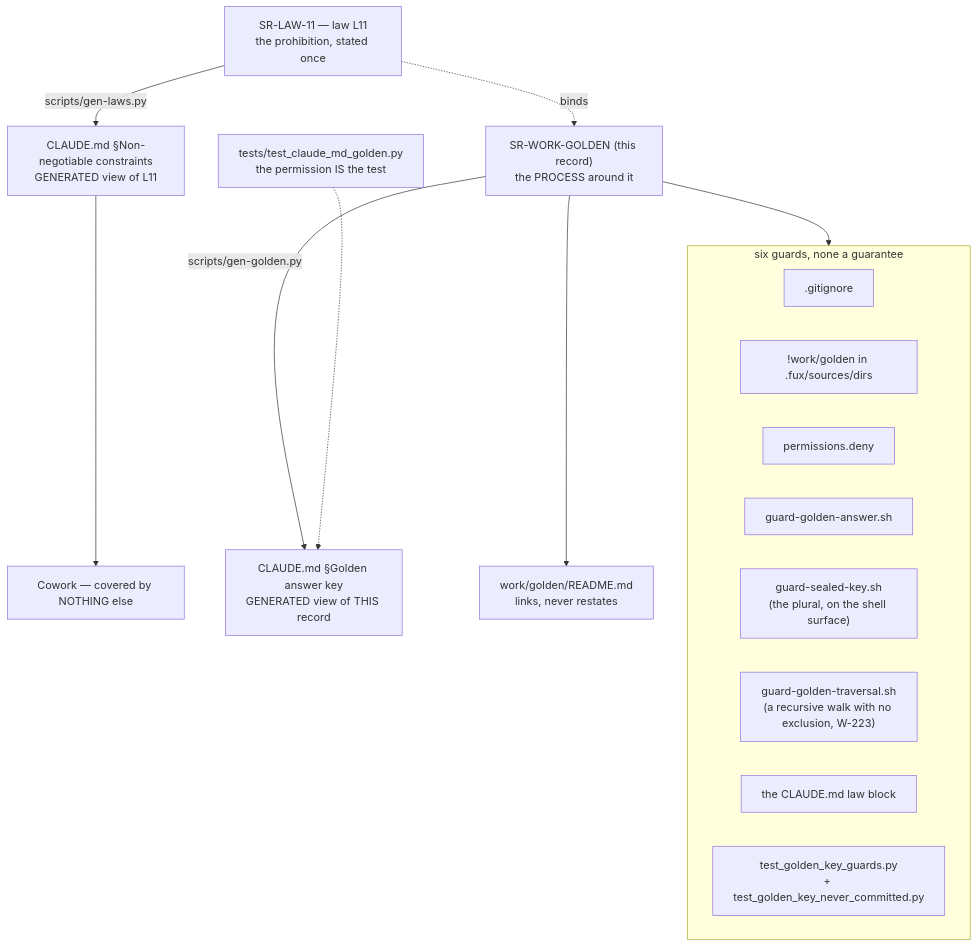
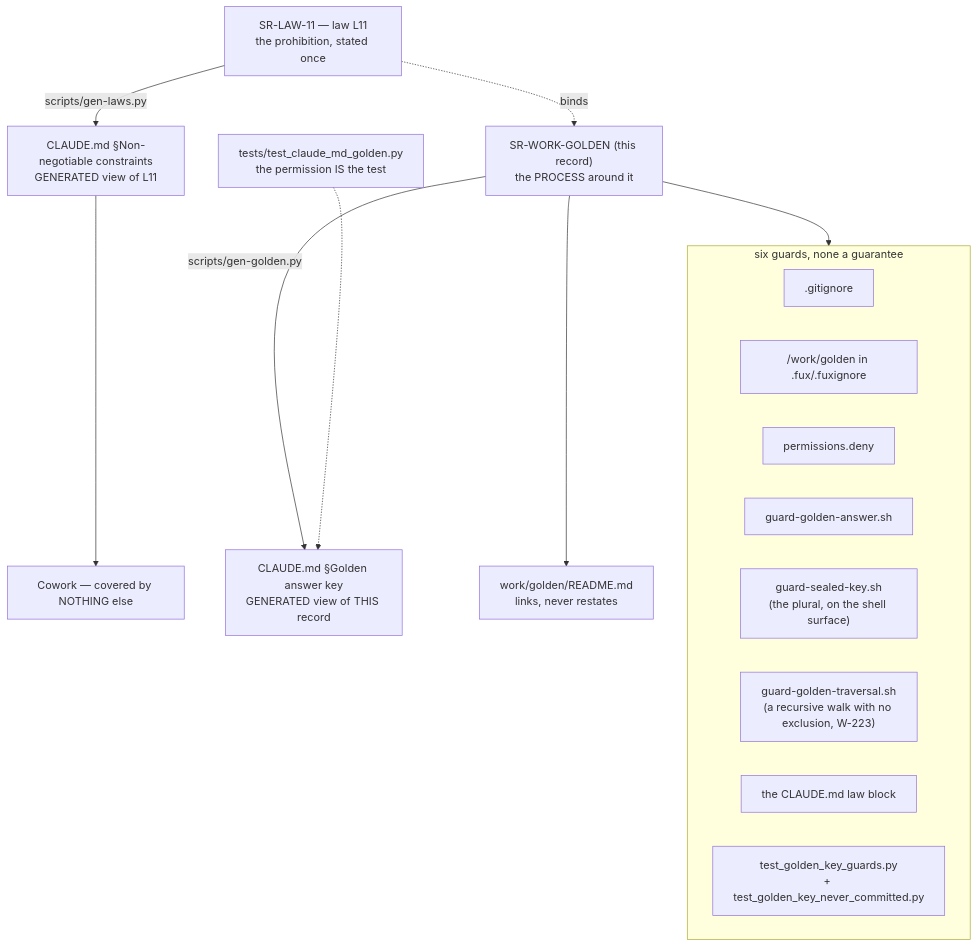
Before and after one commit to arpitarya/fux: the diagram in records/0066_WORK-golden.md, drawn with Mermaid. The commit also changed other lines of this file and 249 other files, not shown here.

First line of the commit message:
feat(w294): one .fux/sources.yaml; .fuxignore the only exclusion

````diff
--- a/records/0066_WORK-golden.md
+++ b/records/0066_WORK-golden.md
@@ -74,25 +74,25 @@
 ```mermaid
 flowchart TD
     L["SR-LAW-11 — law L11<br/>the prohibition, stated once"]
     R["SR-WORK-GOLDEN (this record)<br/>the PROCESS around it"]
     C["CLAUDE.md §Non-negotiable constraints<br/>GENERATED view of L11"]
     P["CLAUDE.md §Golden answer key<br/>GENERATED view of THIS record"]
     T["tests/test_claude_md_golden.py<br/>the permission IS the test"]
     L -->|scripts/gen-laws.py| C
     R -->|scripts/gen-golden.py| P
     T -.-> P
     L -.->|binds| R
     C --> W["Cowork — covered by NOTHING else"]
     R --> G["work/golden/README.md<br/>links, never restates"]
     subgraph guards ["six guards, none a guarantee"]
         G1[".gitignore"]
-        G2["!work/golden in .fux/sources/dirs"]
+        G2["/work/golden in .fux/.fuxignore"]
         G3["permissions.deny"]
         G4["guard-golden-answer.sh"]
         G4b["guard-sealed-key.sh<br/>(the plural, on the shell surface)"]
         G4c["guard-golden-traversal.sh<br/>(a recursive walk with no exclusion, W-223)"]
         G5["the CLAUDE.md law block"]
         G6["test_golden_key_guards.py<br/>+ test_golden_key_never_committed.py"]
     end
     R --> guards
 ```
````
